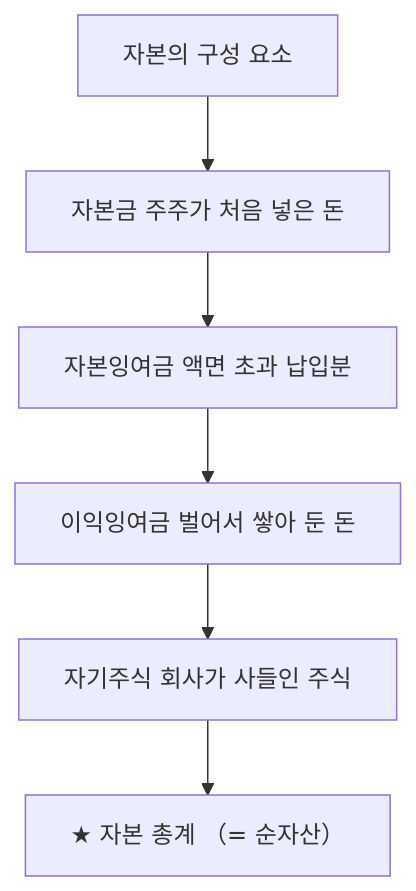
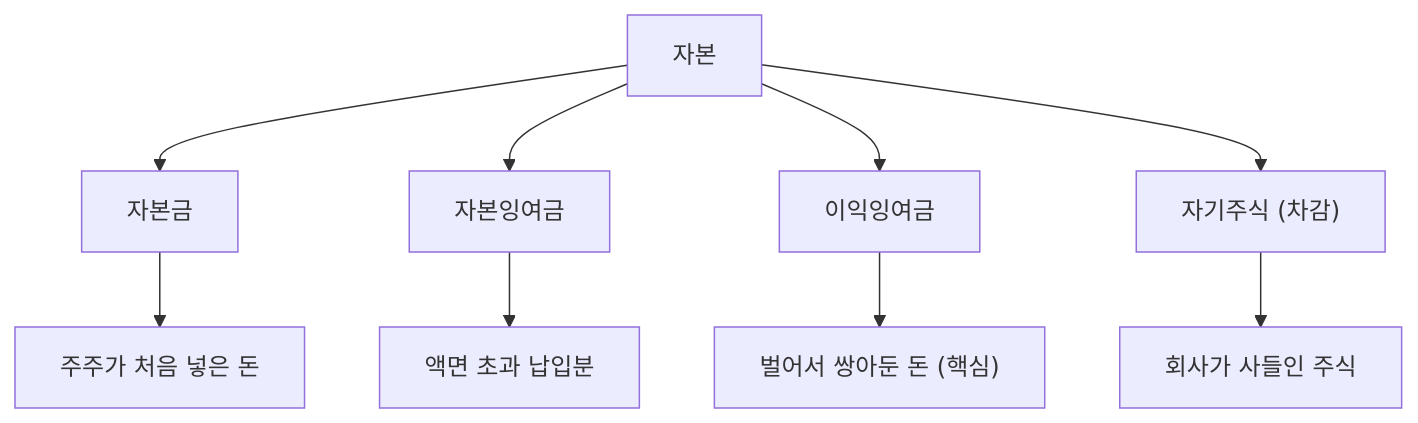
Before and after one commit to yeongseon/stock-visual-note: the diagram in content/stock-terms/ko/level-03-financial-statements/equity.md, drawn with Mermaid. The commit also changed other lines of this file and 96 other files, not shown here.

Commit message:
Rewrite all 98 remaining articles: branching Mermaid diagrams, natural search_intent, compelling seo_titles, clean descriptions

````diff
--- a/content/stock-terms/ko/level-03-financial-statements/equity.md
+++ b/content/stock-terms/ko/level-03-financial-statements/equity.md
@@ -39,14 +39,12 @@
 ```mermaid
 graph TD
-    N0["자본의 구성 요소"]
-    N1["자본금 주주가 처음 넣은 돈"]
-    N2["자본잉여금 액면 초과 납입분"]
-    N3["이익잉여금 벌어서 쌓아 둔 돈"]
-    N4["자기주식 회사가 사들인 주식"]
-    N5["★ 자본 총계 （= 순자산）"]
-    N0 --> N1
-    N1 --> N2
-    N2 --> N3
-    N3 --> N4
-    N4 --> N5
+    A["자본"]
+    A --> B["자본금"]
+    A --> C["자본잉여금"]
+    A --> D["이익잉여금"]
+    A --> E["자기주식 (차감)"]
+    B --> F["주주가 처음 넣은 돈"]
+    C --> G["액면 초과 납입분"]
+    D --> H["벌어서 쌍아둔 돈 (핵심)"]
+    E --> I["회사가 사들인 주식"]
 ```
````
